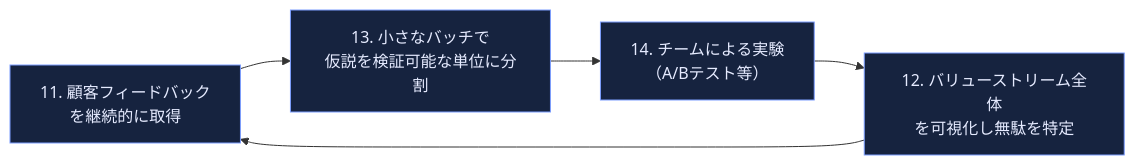
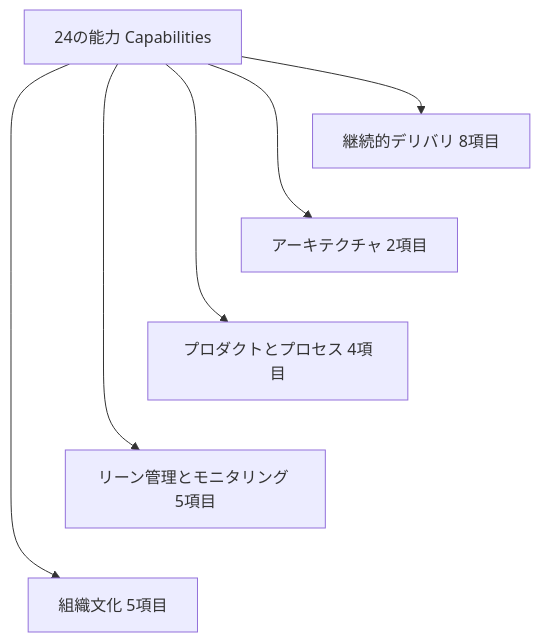
Before and after one commit to myoshi2891/Cloud-Infrastructure-Studies: the third of 6 diagrams in Accelerate-lean-devops-guide.md, drawn with Mermaid. The commit also changed other lines of this file and 1 other file, not shown here.

````diff
--- a/Accelerate-lean-devops-guide.md
+++ b/Accelerate-lean-devops-guide.md
@@ -354,10 +132,12 @@
 ```mermaid
-flowchart LR
-    A["11. 顧客フィードバック<br/>を継続的に取得"] --> B["13. 小さなバッチで<br/>仮説を検証可能な単位に分割"]
-    B --> C["14. チームによる実験<br/>（A/Bテスト等）"]
-    C --> D["12. バリューストリーム全体<br/>を可視化し無駄を特定"]
-    D --> A
-
-    classDef step fill:#16233f,stroke:#7c9eff,color:#e6ebff
-    class A,B,C,D step
+flowchart TB
+    A["24の能力 Capabilities"] --> B["継続的デリバリ 8項目"]
+    A --> C["アーキテクチャ 2項目"]
+    A --> D["プロダクトとプロセス 4項目"]
+    A --> E["リーン管理とモニタリング 5項目"]
+    A --> F["組織文化 5項目"]
+    B ~~~ C
+    C ~~~ D
+    D ~~~ E
+    E ~~~ F
 ```
````
